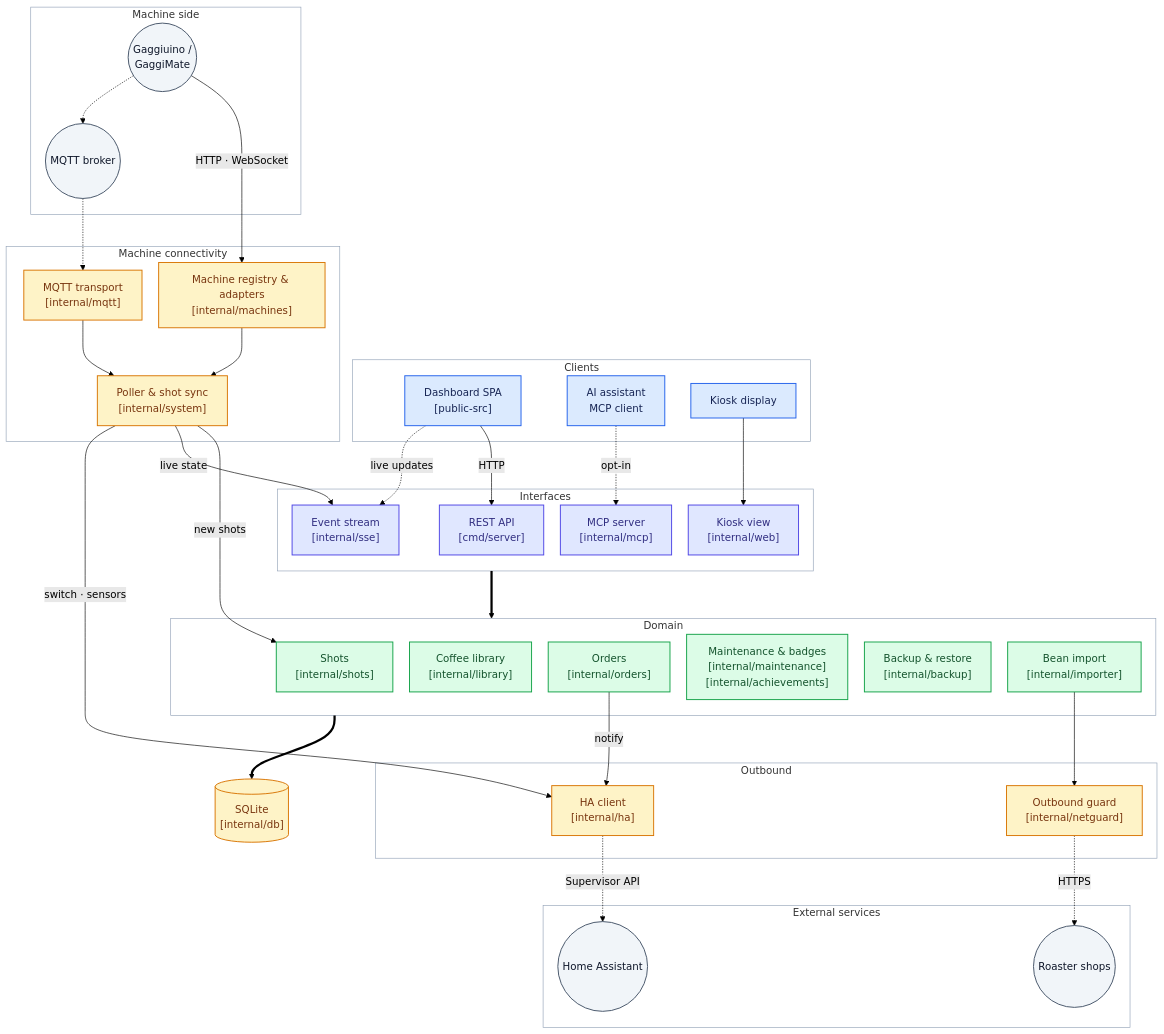
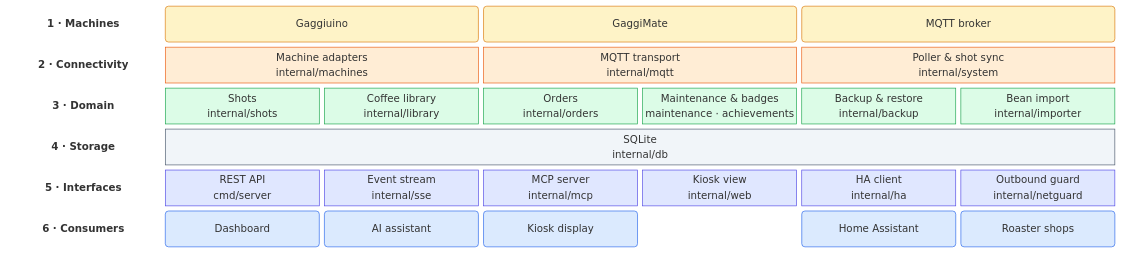
The second of 2 diagrams in README.md (mxkissnr/gaggiuino-local-profiler), drawn with Mermaid (forest theme) before and after one commit.

Commit message:
docs(readme): render app-internals architecture as a layer diagram
Replace the app-internals flowchart in the README Architecture section with a
block-beta layer diagram (machines, connectivity, domain, storage, interfaces,
consumers) and add a sentence describing how to read it top to bottom. The
ecosystem flowchart above is left unchanged.

Closes #1210

````diff
--- a/README.md
+++ b/README.md
@@ -283,88 +283,31 @@
 ```mermaid
-%%{init: {"flowchart": {"curve": "basis", "nodeSpacing": 26, "rankSpacing": 50}}}%%
-flowchart TB
-  subgraph DEVICES["Machine side"]
-    MACHINE(("Gaggiuino /<br/>GaggiMate"))
-    BROKER(("MQTT broker"))
-  end
+block-beta
+  columns 7
+  L1["1 · Machines"]:1
+  GGU("Gaggiuino"):2 GM("GaggiMate"):2 BRK("MQTT broker"):2
+  L2["2 · Connectivity"]:1
+  ADP["Machine adapters<br/>internal/machines"]:2 MQ["MQTT transport<br/>internal/mqtt"]:2 POLL["Poller &amp; shot sync<br/>internal/system"]:2
+  L3["3 · Domain"]:1
+  SH["Shots<br/>internal/shots"] LIB["Coffee library<br/>internal/library"] ORD["Orders<br/>internal/orders"] MNT["Maintenance &amp; badges<br/>maintenance · achievements"] BK["Backup &amp; restore<br/>internal/backup"] IMP["Bean import<br/>internal/importer"]
+  L4["4 · Storage"]:1
+  DB["SQLite<br/>internal/db"]:6
+  L5["5 · Interfaces"]:1
+  API["REST API<br/>cmd/server"] SSE["Event stream<br/>internal/sse"] MCP["MCP server<br/>internal/mcp"] WEB["Kiosk view<br/>internal/web"] HAC["HA client<br/>internal/ha"] NET["Outbound guard<br/>internal/netguard"]
+  L6["6 · Consumers"]:1
+  SPA("Dashboard") AI("AI assistant") KIOSK("Kiosk display") space HA("Home Assistant") RS("Roaster shops")
 
-  subgraph CLIENTS["Clients"]
-    SPA["Dashboard SPA<br/>[public-src]"]
-    AIC["AI assistant<br/>MCP client"]
-    KIOSK["Kiosk display"]
-  end
-
-  subgraph CONN["Machine connectivity"]
-    MACH["Machine registry &amp; adapters<br/>[internal/machines]"]
-    MQTT["MQTT transport<br/>[internal/mqtt]"]
-    POLL["Poller &amp; shot sync<br/>[internal/system]"]
-  end
-
-  subgraph IFACE["Interfaces"]
-    API["REST API<br/>[cmd/server]"]
-    MCP["MCP server<br/>[internal/mcp]"]
-    WEB["Kiosk view<br/>[internal/web]"]
-    SSE["Event stream<br/>[internal/sse]"]
-  end
-
-  subgraph DOMAIN["Domain"]
-    SHOTS["Shots<br/>[internal/shots]"]
-    LIB["Coffee library<br/>[internal/library]"]
-    ORD["Orders<br/>[internal/orders]"]
-    MAINT["Maintenance &amp; badges<br/>[internal/maintenance]<br/>[internal/achievements]"]
-    BACKUP["Backup &amp; restore<br/>[internal/backup]"]
-    IMP["Bean import<br/>[internal/importer]"]
-  end
-
-  DB[("SQLite<br/>[internal/db]")]
-
-  subgraph OUT["Outbound"]
-    HAC["HA client<br/>[internal/ha]"]
-    NET["Outbound guard<br/>[internal/netguard]"]
-  end
-
-  subgraph SERVICES["External services"]
-    HASVC(("Home Assistant"))
-    ROAST(("Roaster shops"))
-  end
-
-  MACHINE -->|"HTTP · WebSocket"| MACH
-  MACHINE -.-> BROKER
-  BROKER -.-> MQTT
-  MACH --> POLL
-  MQTT --> POLL
-
-  SPA -->|"HTTP"| API
-  AIC -.->|"opt-in"| MCP
-  KIOSK --> WEB
-  SPA -.->|"live updates"| SSE
-
-  POLL -->|"new shots"| SHOTS
-  POLL -->|"live state"| SSE
-  IFACE ==> DOMAIN
-  DOMAIN ==> DB
-
-  ORD -->|"notify"| HAC
-  POLL -->|"switch · sensors"| HAC
-  IMP --> NET
-  HAC -.->|"Supervisor API"| HASVC
-  NET -.->|"HTTPS"| ROAST
-
-  classDef client fill:#dbeafe,stroke:#2563eb,stroke-width:1.5px,color:#172554
-  classDef iface fill:#e0e7ff,stroke:#4f46e5,stroke-width:1.5px,color:#312e81
-  classDef domain fill:#dcfce7,stroke:#16a34a,stroke-width:1.5px,color:#14532d
-  classDef infra fill:#fef3c7,stroke:#d97706,stroke-width:1.5px,color:#78350f
-  classDef ext fill:#f1f5f9,stroke:#475569,stroke-width:1.5px,color:#0f172a
-  class SPA,AIC,KIOSK client
-  class API,SSE,MCP,WEB iface
-  class SHOTS,LIB,ORD,MAINT,BACKUP,IMP domain
-  class POLL,MACH,MQTT,HAC,NET,DB infra
-  class MACHINE,BROKER,HASVC,ROAST ext
-  style DEVICES fill:#f8fafc10,stroke:#94a3b8
-  style CLIENTS fill:#f8fafc10,stroke:#94a3b8
-  style CONN fill:#f8fafc10,stroke:#94a3b8
-  style IFACE fill:#f8fafc10,stroke:#94a3b8
-  style DOMAIN fill:#f8fafc10,stroke:#94a3b8
-  style OUT fill:#f8fafc10,stroke:#94a3b8
-  style SERVICES fill:#f8fafc10,stroke:#94a3b8
+  classDef layer fill:none,stroke:none,color:#94a3b8,font-weight:bold
+  classDef machine fill:#fef3c7,stroke:#d97706,color:#78350f
+  classDef conn fill:#ffedd5,stroke:#ea580c,color:#7c2d12
+  classDef domain fill:#dcfce7,stroke:#16a34a,color:#14532d
+  classDef store fill:#f1f5f9,stroke:#475569,color:#0f172a
+  classDef iface fill:#e0e7ff,stroke:#4f46e5,color:#312e81
+  classDef consumer fill:#dbeafe,stroke:#2563eb,color:#172554
+  class L1,L2,L3,L4,L5,L6 layer
+  class GGU,GM,BRK machine
+  class ADP,MQ,POLL conn
+  class SH,LIB,ORD,MNT,BK,IMP domain
+  class DB store
+  class API,SSE,MCP,WEB,HAC,NET iface
+  class SPA,AI,KIOSK,HA,RS consumer
 ```
````
